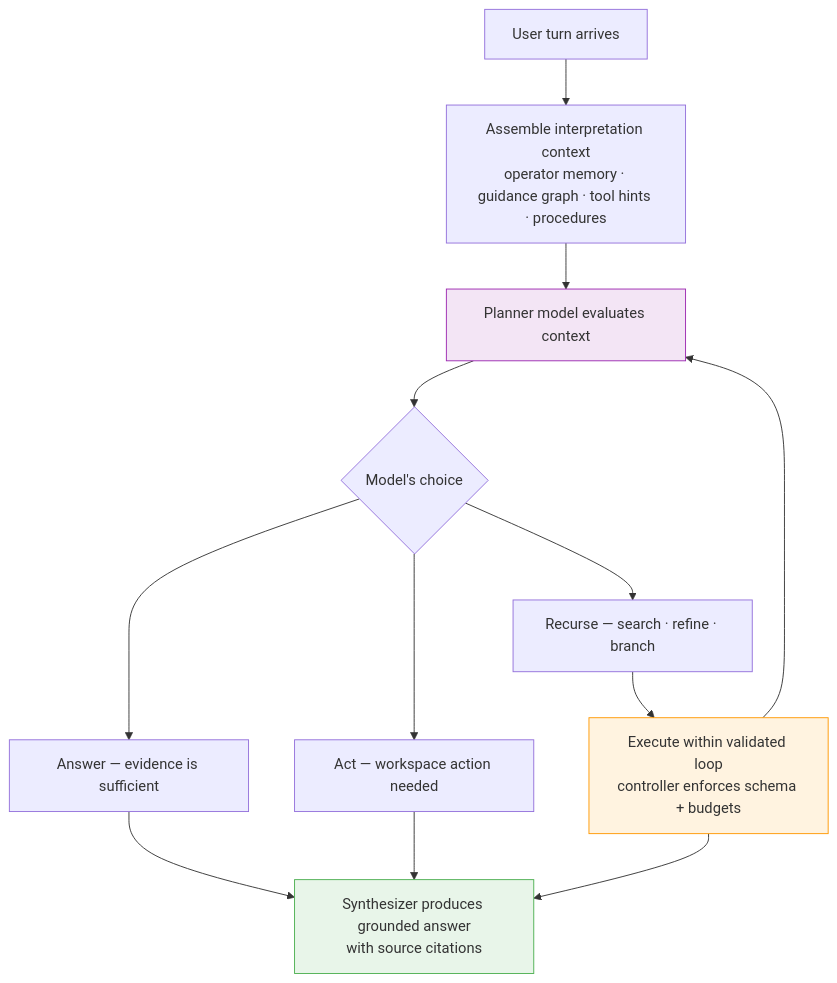
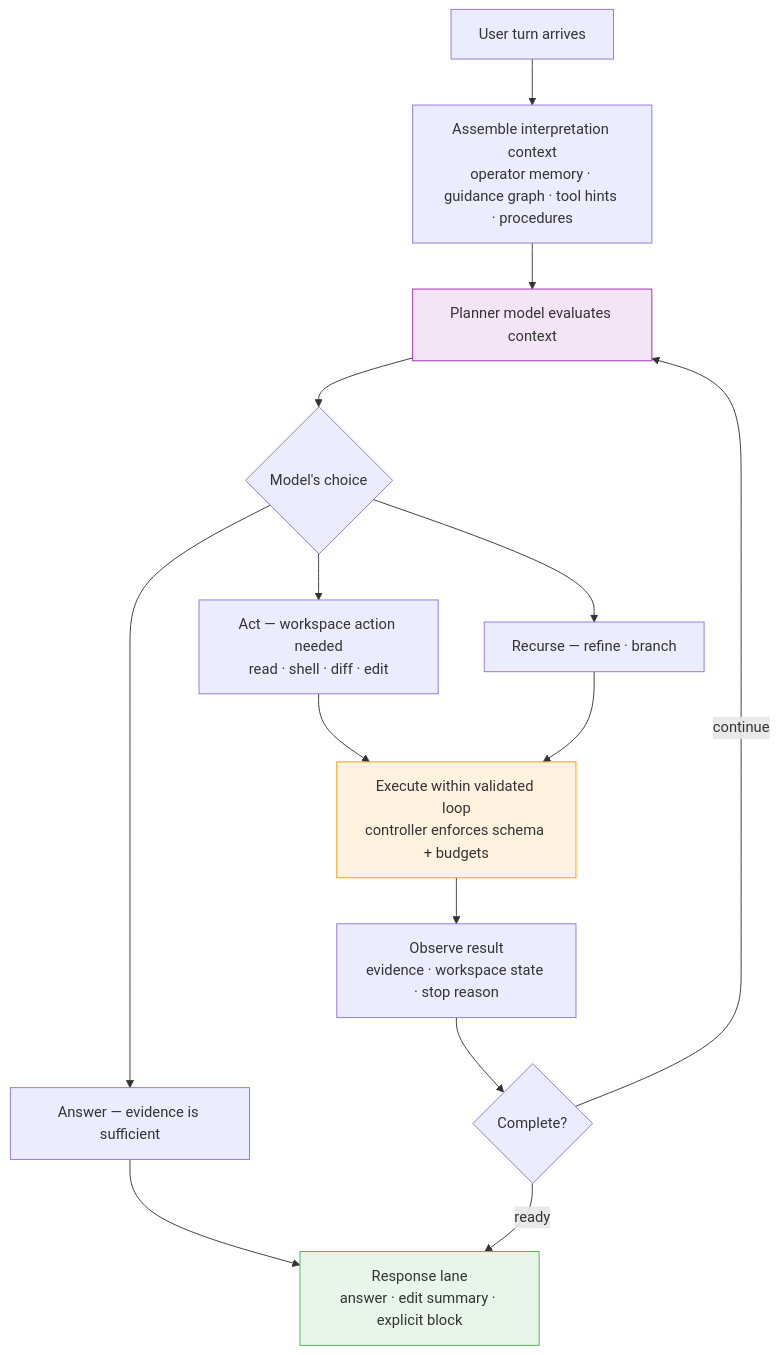
Before and after one commit to spoke-sh/paddles: the third of 6 diagrams in README.md, drawn with Mermaid. The commit also changed other lines of this file, not shown here.

````diff
--- a/README.md
+++ b/README.md
@@ -96,22 +135,26 @@
 ```mermaid
 flowchart TD
     U["User turn arrives"]
     I["Assemble interpretation context<br/>operator memory · guidance graph · tool hints · procedures"]
     M["Planner model evaluates context"]
     C{"Model's choice"}
     A["Answer — evidence is sufficient"]
-    T["Act — workspace action needed"]
-    R["Recurse — search · refine · branch"]
+    T["Act — workspace action needed<br/>read · shell · diff · edit"]
+    R["Recurse — refine · branch"]
     L["Execute within validated loop<br/>controller enforces schema + budgets"]
-    S["Synthesizer produces grounded answer<br/>with source citations"]
+    E["Observe result<br/>evidence · workspace state · stop reason"]
+    Q{"Complete?"}
+    S["Response lane<br/>answer · edit summary · explicit block"]
 
     U --> I --> M --> C
     C --> A --> S
-    C --> T --> S
-    C --> R --> L --> M
-    L --> S
+    C --> T --> L
+    C --> R --> L
+    L --> E --> Q
+    Q -->|"continue"| M
+    Q -->|"ready"| S
 
     style M fill:#f3e5f5,stroke:#9C27B0
     style L fill:#fff3e0,stroke:#FF9800
     style S fill:#e8f5e9,stroke:#4CAF50
 ```
````
